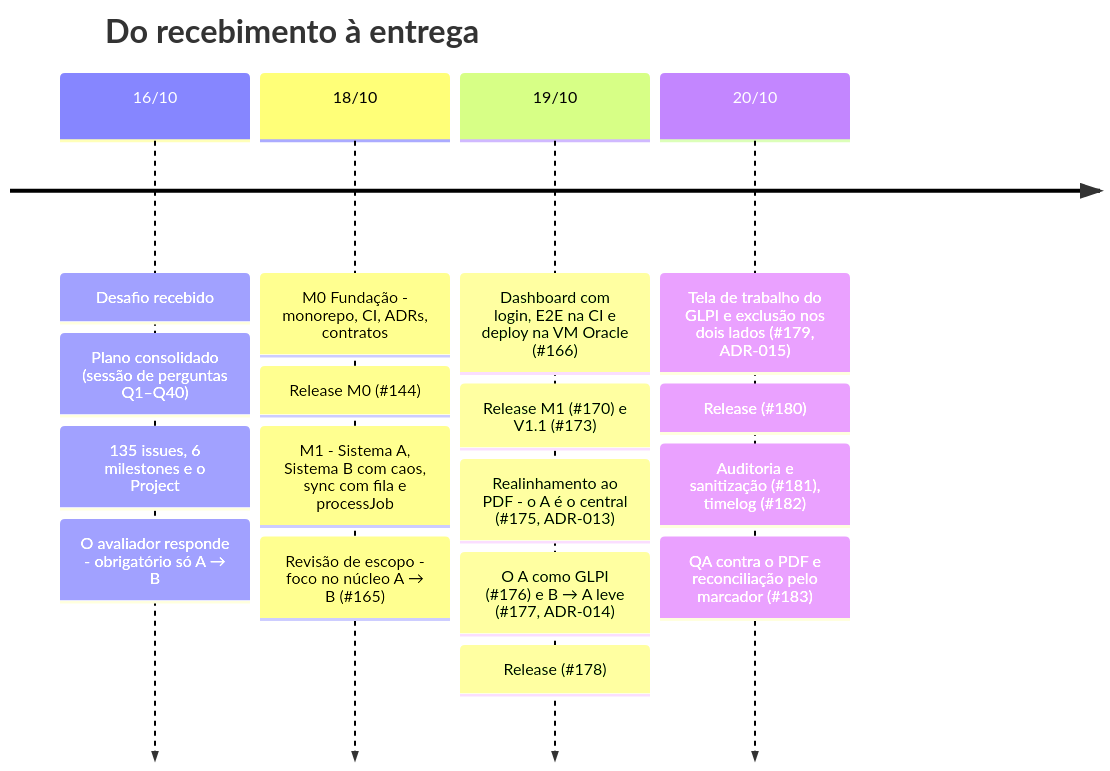
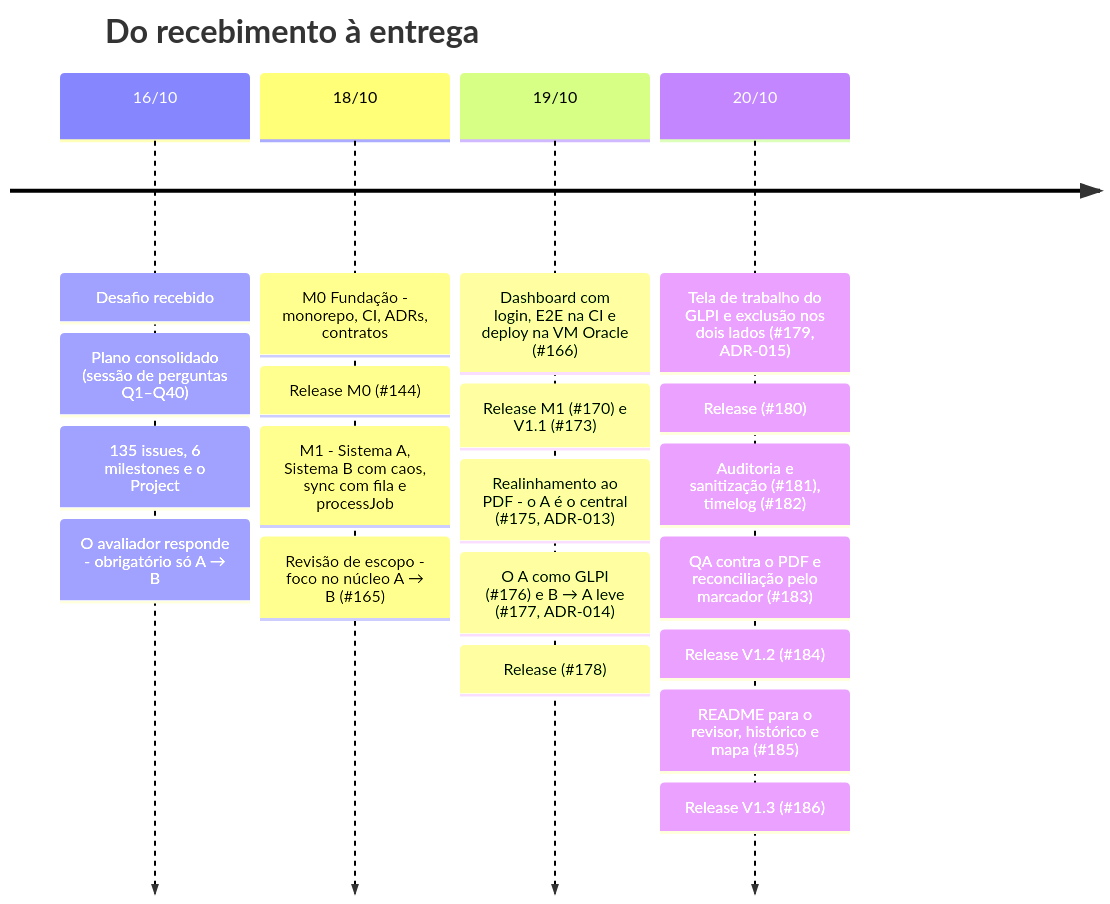
Before and after one commit to BossBurgues/desafiotecCyberCorp: the diagram in docs/historico.md, drawn with Mermaid. The commit also changed other lines of this file, not shown here.

````diff
--- a/docs/historico.md
+++ b/docs/historico.md
@@ -22,21 +22,24 @@
 ```mermaid
 timeline
     title Do recebimento à entrega
     16/10 : Desafio recebido
           : Plano consolidado (sessão de perguntas Q1–Q40)
           : 135 issues, 6 milestones e o Project
           : O avaliador responde - obrigatório só A → B
     18/10 : M0 Fundação - monorepo, CI, ADRs, contratos
           : Release M0 (#144)
           : M1 - Sistema A, Sistema B com caos, sync com fila e processJob
           : Revisão de escopo - foco no núcleo A → B (#165)
     19/10 : Dashboard com login, E2E na CI e deploy na VM Oracle (#166)
           : Release M1 (#170) e V1.1 (#173)
           : Realinhamento ao PDF - o A é o central (#175, ADR-013)
           : O A como GLPI (#176) e B → A leve (#177, ADR-014)
           : Release (#178)
     20/10 : Tela de trabalho do GLPI e exclusão nos dois lados (#179, ADR-015)
           : Release (#180)
           : Auditoria e sanitização (#181), timelog (#182)
           : QA contra o PDF e reconciliação pelo marcador (#183)
+          : Release V1.2 (#184)
+          : README para o revisor, histórico e mapa (#185)
+          : Release V1.3 (#186)
 ```
````
